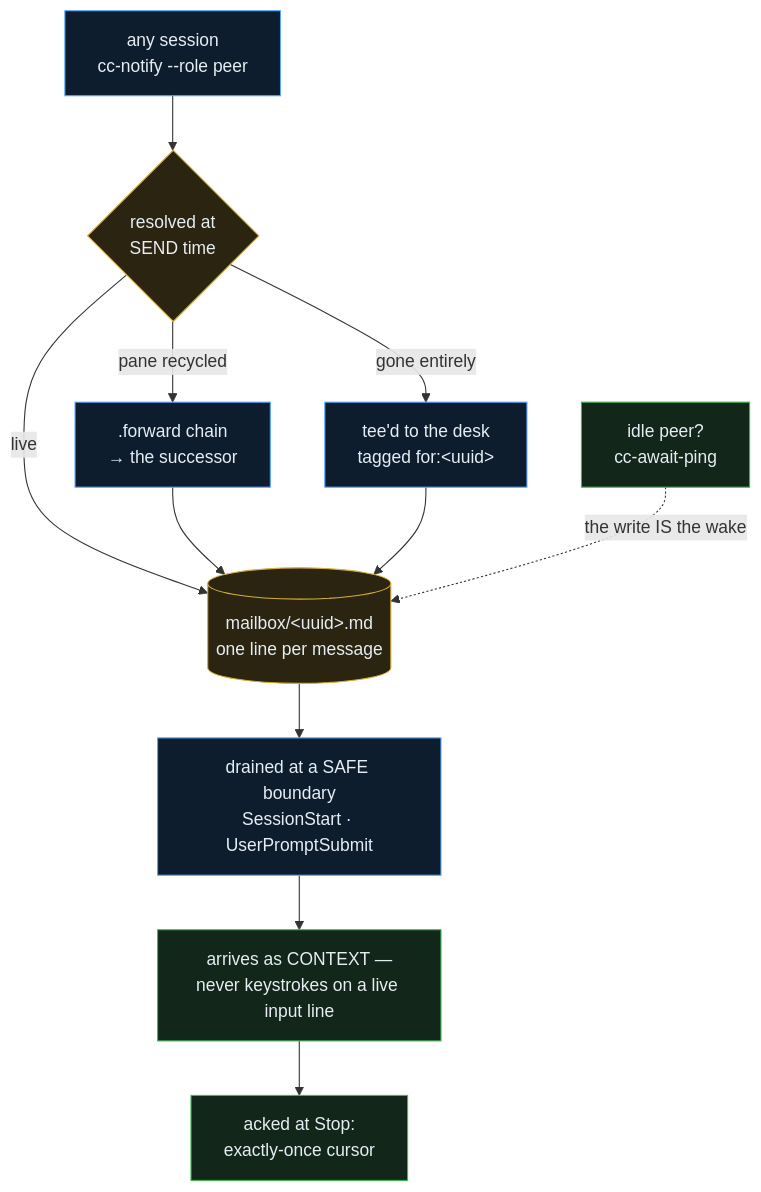
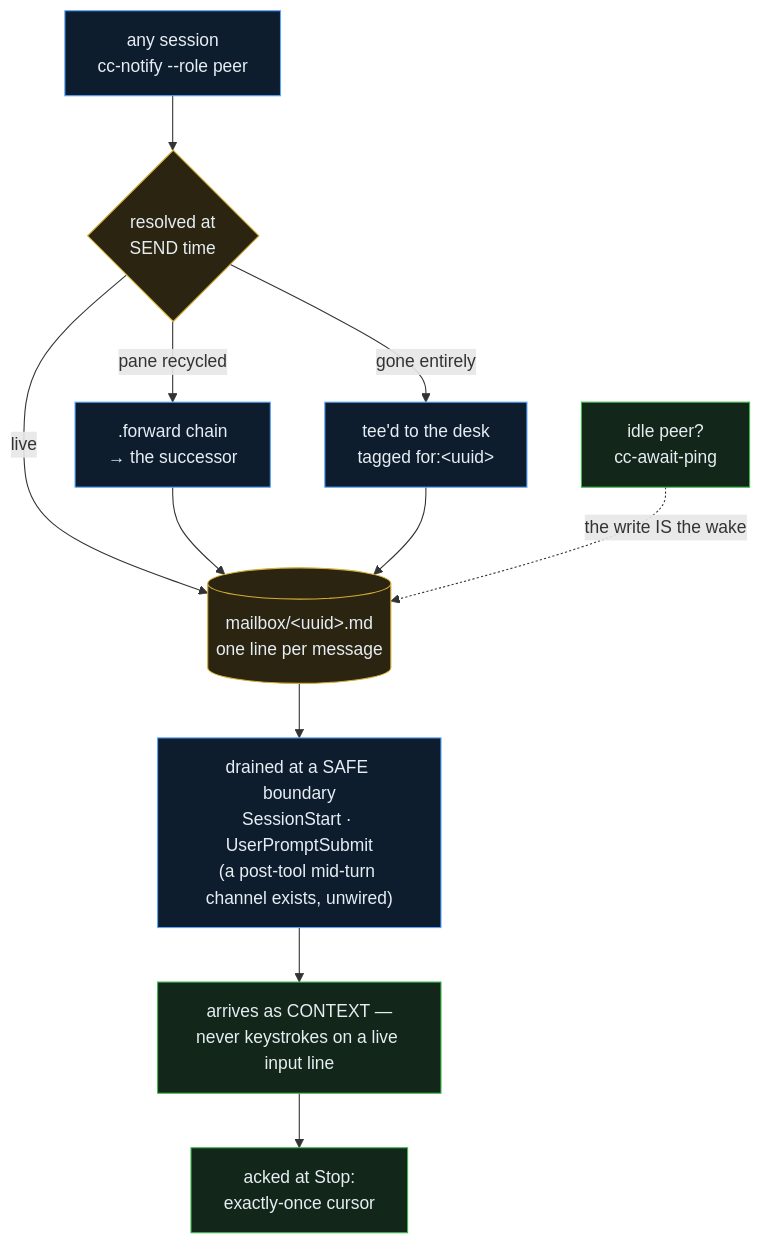
One commit to renchris/claude-infrastructure changed the first of 5 diagrams in README.md. Above: the diagram before and after it, drawn with Mermaid. The commit also changed other lines of this file and 9 other files, not shown here.

````diff
--- a/README.md
+++ b/README.md
@@ -78,20 +78,20 @@
 ```mermaid
 flowchart TB
     Box[("mailbox/&lt;uuid&gt;.md<br/>one line per message")]
     Send["any session<br/>cc-notify --role peer"] --> Res{"resolved at<br/>SEND time"}
     Res -->|"live"| Box
     Res -->|"pane recycled"| Fwd[".forward chain<br/>→ the successor"]
     Res -->|"gone entirely"| Desk["tee'd to the desk<br/>tagged for:&lt;uuid&gt;"]
     Fwd --> Box
     Desk --> Box
-    Box --> Drain["drained at a SAFE boundary<br/>SessionStart · UserPromptSubmit"]
+    Box --> Drain["drained at a SAFE boundary<br/>SessionStart · UserPromptSubmit<br/>(a post-tool mid-turn channel exists, unwired)"]
     Drain --> Ctx["arrives as CONTEXT —<br/>never keystrokes on a live input line"]
     Ctx --> Ack["acked at Stop:<br/>exactly-once cursor"]
     Wake["idle peer?<br/>cc-await-ping"] -.->|"the write IS the wake"| Box
     classDef k fill:#2b2410,stroke:#d4af37,color:#e6edf3
     classDef b fill:#0d1d2e,stroke:#58a6ff,color:#e6edf3
     classDef g fill:#12261a,stroke:#3fb950,color:#e6edf3
     class Res,Box k
     class Send,Fwd,Desk,Drain b
     class Ctx,Ack,Wake g
 ```
````
